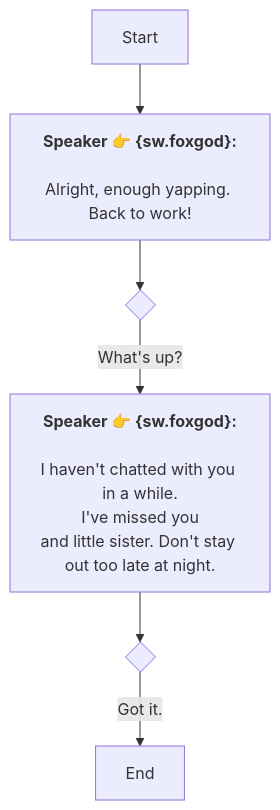
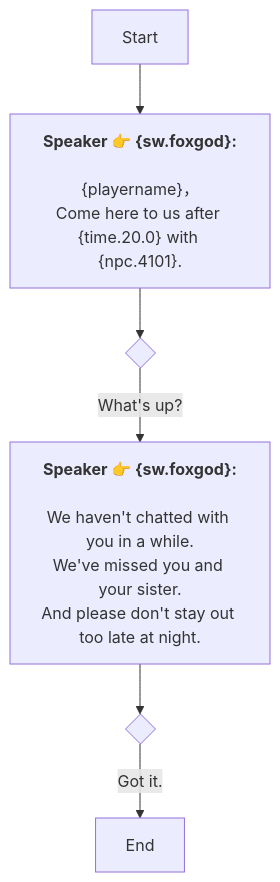
The diagram in En/QuestStartTalkENode_1752071614967192.md (SoftHu/tos_avg), drawn with Mermaid before and after one commit. The commit also changed 312 other files, not shown here.

````diff
--- a/En/QuestStartTalkENode_1752071614967192.md
+++ b/En/QuestStartTalkENode_1752071614967192.md
@@ -1,15 +1,16 @@
 ```mermaid
 graph
 Start -->1752071650396571[<b>Speaker 👉 &lbrace;sw.foxgod&rbrace;:</b>
 
-Alright, enough yapping. Back to work!]
+&lbrace;playername&rbrace;，
+Come here to us after &lbrace;time.20.0&rbrace; with &lbrace;npc.4101&rbrace;.]
 1752071650396571 -->1752071875659164{ }
 1752071875659164 -->|What's up?|1752071892001183[<b>Speaker 👉 &lbrace;sw.foxgod&rbrace;:</b>
 
-I haven't chatted with you in a while.
-I've missed you
-and little sister. Don't stay out too late at night.]
+We haven't chatted with you in a while.
+We've missed you and your sister.
+And please don't stay out too late at night.]
 1752071892001183 -->1752071931245984{ }
 1752071931245984 -->|Got it.|1752071937910179[End]
 
  ```
````
